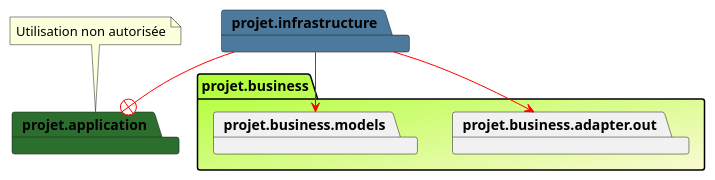
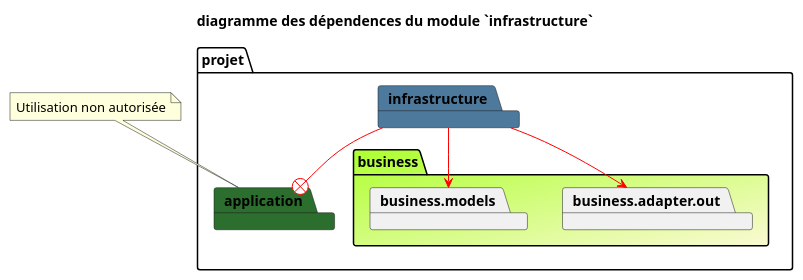
Before and after one commit to stef38-code/structureProjet: the diagram in images/dia_infrastructure.puml, drawn with PlantUML. The commit also changed 4 other files, not shown here.

```diff
--- a/images/dia_infrastructure.puml
+++ b/images/dia_infrastructure.puml
@@ -1,19 +1,21 @@
 @startuml
-
-package projet.business #GreenYellow/LightGoldenRodYellow {
-package projet.business.adapter.out
-package projet.business.models
+title diagramme des dépendences du module `infrastructure`
+package projet{
+package business #GreenYellow/LightGoldenRodYellow {
+package business.adapter.out
+package business.models
 }
-package projet.application #2C6E2E {
+package application #2C6E2E {
 
 }
-package projet.infrastructure #4C799C {
+package infrastructure #4C799C {
 
 }
-projet.infrastructure -[#red]-> projet.business.adapter.out
-projet.infrastructure -[#red]-> projet.business.models
-projet.infrastructure -[#red]-+ projet.application
-note top of projet.application
+}
+infrastructure -[#red]-> business.adapter.out
+infrastructure -[#red]-> business.models
+infrastructure -[#red]-+ application
+note top of application
 Utilisation non autorisée
 end note
 @enduml
```
